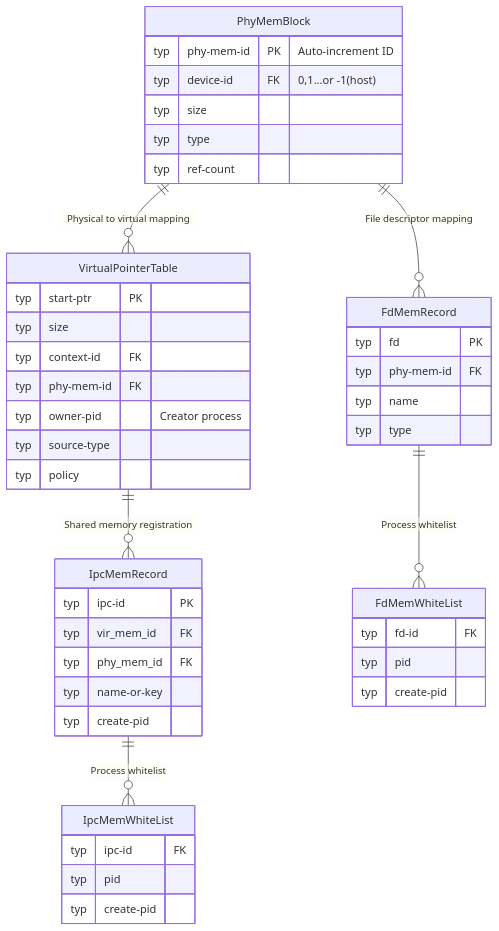
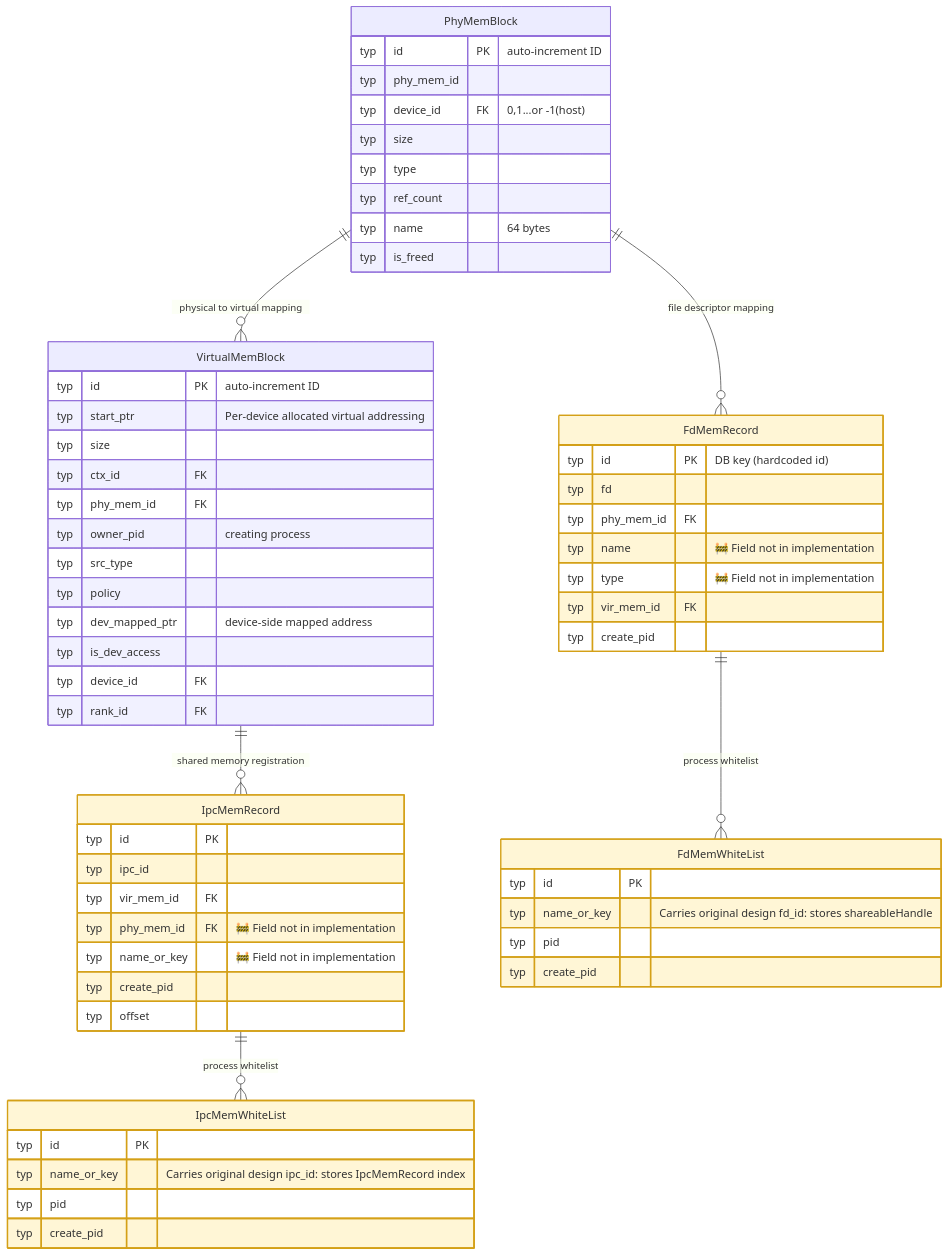
The fifth of 19 diagrams in test/hccl_vm/docs/simulator_runner_data_model_en.md (Fengfengst123/hcomm-mirror), drawn with Mermaid before and after one commit. The commit also changed other lines of this file and 701 other files, not shown here.

````diff
--- a/test/hccl_vm/docs/simulator_runner_data_model_en.md
+++ b/test/hccl_vm/docs/simulator_runner_data_model_en.md
@@ -364,58 +474,78 @@
 ```mermaid
 erDiagram
-    PhyMemBlock ||--o{ VirtualPointerTable : "Physical to virtual mapping"
-    PhyMemBlock ||--o{ FdMemRecord : "File descriptor mapping"
+    %% 🧠 Process-private candidate: IpcMemRecord / IpcMemWhiteList / FdMemWhiteList (only accessed by src/proxy)
+    %% FdMemRecord only cmd dump, no writer (empty table)
+    PhyMemBlock ||--o{ VirtualMemBlock : "physical to virtual mapping"
+    PhyMemBlock ||--o{ FdMemRecord : "file descriptor mapping"
     PhyMemBlock {
-        typ phy-mem-id PK "Auto-increment ID"
-        typ device-id FK "0,1...or -1(host)"
+        typ id PK "auto-increment ID"
+        typ phy_mem_id
+        typ device_id FK "0,1...or -1(host)"
         typ size
-        typ type 
-        typ ref-count
+        typ type
+        typ ref_count
+        typ name "64 bytes"
+        typ is_freed
     }
 
-    VirtualPointerTable {
-        typ start-ptr PK
+    VirtualMemBlock {
+        typ id PK "auto-increment ID"
+        typ start_ptr "Per-device allocated virtual addressing"
         typ size
-        typ context-id FK
-        typ phy-mem-id FK
-        typ owner-pid  "Creator process"
-        typ source-type ""
+        typ ctx_id FK
+        typ phy_mem_id FK
+        typ owner_pid "creating process"
+        typ src_type ""
         typ policy
+        typ dev_mapped_ptr "device-side mapped address"
+        typ is_dev_access
+        typ device_id FK
+        typ rank_id FK
     }
 
-    VirtualPointerTable ||--o{ IpcMemRecord : "Shared memory registration"
+    VirtualMemBlock ||--o{ IpcMemRecord : "shared memory registration"
     IpcMemRecord {
-        typ ipc-id PK
+        typ id PK
+        typ ipc_id
         typ vir_mem_id FK
-        typ phy_mem_id FK
-        typ name-or-key
-        typ create-pid
+        typ phy_mem_id FK "🚧 Field not in implementation"
+        typ name_or_key "🚧 Field not in implementation"
+        typ create_pid
+        typ offset
     }
 
-    IpcMemRecord ||--o{ IpcMemWhiteList : "Process whitelist"
+    IpcMemRecord ||--o{ IpcMemWhiteList : "process whitelist"
     IpcMemWhiteList {
-        typ ipc-id FK
+        typ id PK
+        typ name_or_key "Carries original design ipc_id: stores IpcMemRecord index"
         typ pid
-        typ create-pid
+        typ create_pid
     }
 
     FdMemRecord {
-        typ fd PK
-        typ phy-mem-id FK
-        typ name
-        typ type
+        typ id PK "DB key (hardcoded id)"
+        typ fd
+        typ phy_mem_id FK
+        typ name "🚧 Field not in implementation"
+        typ type "🚧 Field not in implementation"
+        typ vir_mem_id FK
+        typ create_pid
     }
 
-    FdMemRecord ||--o{ FdMemWhiteList : "Process whitelist"
+    FdMemRecord ||--o{ FdMemWhiteList : "process whitelist"
     FdMemWhiteList {
-        typ fd-id FK
+        typ id PK
+        typ name_or_key "Carries original design fd_id: stores shareableHandle"
         typ pid
-        typ create-pid
+        typ create_pid
     }
 
-    %%VirtualPointerTable ||--o{ MemMapRecord : "Mapping relationship"
+    %%VirtualMemBlock ||--o{ MemMapRecord : "mapping relationship"
     %%MemMapRecord {
     %%    typ ptr FK
-    %%    typ phy-mem-id FK
+    %%    typ phy_mem_id FK
     %%}
+
+    classDef inproc fill:#fff6d6,stroke:#d4a017,stroke-width:2px
+    class IpcMemRecord,IpcMemWhiteList,FdMemRecord,FdMemWhiteList inproc
 ```
````
